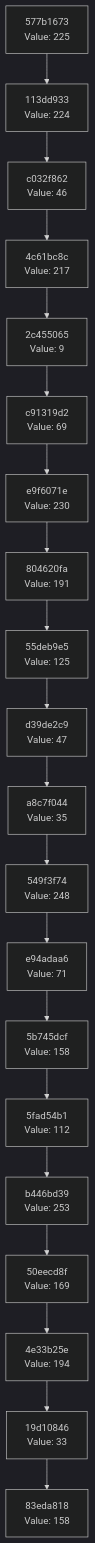
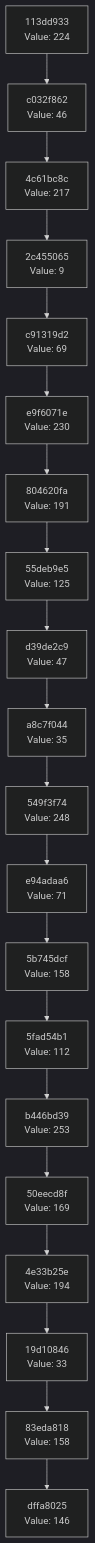
Before and after one commit to Abhisheksinha1506/hash-chain-evolver: the diagram in docs/CHAIN_VISUALIZATION.md, drawn with Mermaid (dark theme). The commit also changed 2 other files, not shown here.

Commit message:
Evolution Step

````diff
--- a/docs/CHAIN_VISUALIZATION.md
+++ b/docs/CHAIN_VISUALIZATION.md
@@ -3,42 +3,42 @@
 ```mermaid
 graph TD
-    C0["83eda818<br/>Value: 158"]
-    C1["19d10846<br/>Value: 33"]
+    C0["dffa8025<br/>Value: 146"]
+    C1["83eda818<br/>Value: 158"]
     C1 --> C0
-    C2["4e33b25e<br/>Value: 194"]
+    C2["19d10846<br/>Value: 33"]
     C2 --> C1
-    C3["50eecd8f<br/>Value: 169"]
+    C3["4e33b25e<br/>Value: 194"]
     C3 --> C2
-    C4["b446bd39<br/>Value: 253"]
+    C4["50eecd8f<br/>Value: 169"]
     C4 --> C3
-    C5["5fad54b1<br/>Value: 112"]
+    C5["b446bd39<br/>Value: 253"]
     C5 --> C4
-    C6["5b745dcf<br/>Value: 158"]
+    C6["5fad54b1<br/>Value: 112"]
     C6 --> C5
-    C7["e94adaa6<br/>Value: 71"]
+    C7["5b745dcf<br/>Value: 158"]
     C7 --> C6
-    C8["549f3f74<br/>Value: 248"]
+    C8["e94adaa6<br/>Value: 71"]
     C8 --> C7
-    C9["a8c7f044<br/>Value: 35"]
+    C9["549f3f74<br/>Value: 248"]
     C9 --> C8
-    C10["d39de2c9<br/>Value: 47"]
+    C10["a8c7f044<br/>Value: 35"]
     C10 --> C9
-    C11["55deb9e5<br/>Value: 125"]
+    C11["d39de2c9<br/>Value: 47"]
     C11 --> C10
-    C12["804620fa<br/>Value: 191"]
+    C12["55deb9e5<br/>Value: 125"]
     C12 --> C11
-    C13["e9f6071e<br/>Value: 230"]
+    C13["804620fa<br/>Value: 191"]
     C13 --> C12
-    C14["c91319d2<br/>Value: 69"]
+    C14["e9f6071e<br/>Value: 230"]
     C14 --> C13
-    C15["2c455065<br/>Value: 9"]
+    C15["c91319d2<br/>Value: 69"]
     C15 --> C14
-    C16["4c61bc8c<br/>Value: 217"]
+    C16["2c455065<br/>Value: 9"]
     C16 --> C15
-    C17["c032f862<br/>Value: 46"]
+    C17["4c61bc8c<br/>Value: 217"]
     C17 --> C16
-    C18["113dd933<br/>Value: 224"]
+    C18["c032f862<br/>Value: 46"]
     C18 --> C17
-    C19["577b1673<br/>Value: 225"]
+    C19["113dd933<br/>Value: 224"]
     C19 --> C18
 ```
````
